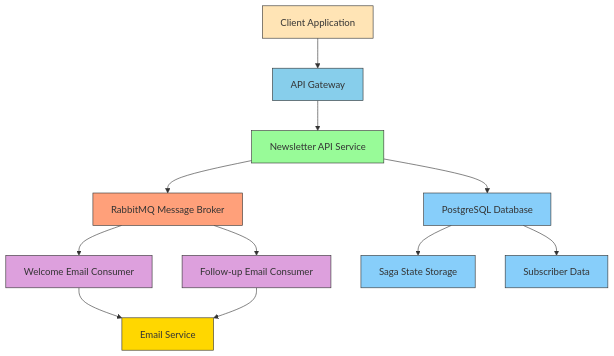
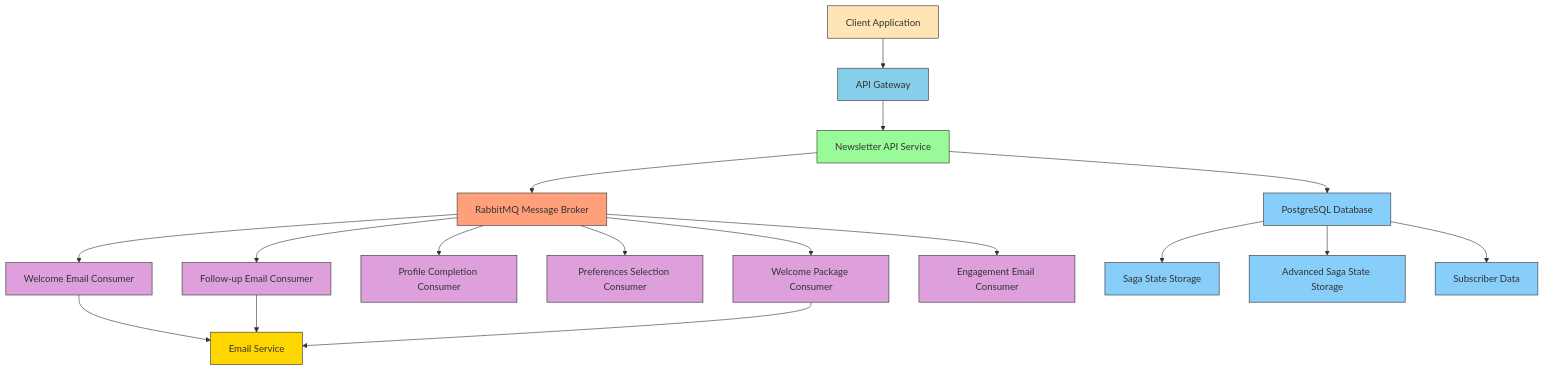
Before and after one commit to MrEshboboyev/newsletter: the diagram in docs/architecture.md, drawn with Mermaid. The commit also changed other lines of this file and 14 other files, not shown here.

````diff
--- a/docs/architecture.md
+++ b/docs/architecture.md
@@ -5,24 +5,35 @@
 ```mermaid
 graph TB
     A[Client Application] --> B[API Gateway]
     B --> C[Newsletter API Service]
     C --> D[RabbitMQ Message Broker]
     D --> E[Welcome Email Consumer]
     D --> F[Follow-up Email Consumer]
-    E --> G[Email Service]
-    F --> G
-    C --> H[PostgreSQL Database]
-    H --> I[Saga State Storage]
-    H --> J[Subscriber Data]
+    D --> G[Profile Completion Consumer]
+    D --> H[Preferences Selection Consumer]
+    D --> I[Welcome Package Consumer]
+    D --> J[Engagement Email Consumer]
+    E --> K[Email Service]
+    F --> K
+    I --> K
+    C --> L[PostgreSQL Database]
+    L --> M[Saga State Storage]
+    L --> N[Advanced Saga State Storage]
+    L --> O[Subscriber Data]
     
     style A fill:#FFE4B5,stroke:#333
     style B fill:#87CEEB,stroke:#333
     style C fill:#98FB98,stroke:#333
     style D fill:#FFA07A,stroke:#333
     style E fill:#DDA0DD,stroke:#333
     style F fill:#DDA0DD,stroke:#333
-    style G fill:#FFD700,stroke:#333
-    style H fill:#87CEFA,stroke:#333
-    style I fill:#87CEFA,stroke:#333
-    style J fill:#87CEFA,stroke:#333
+    style G fill:#DDA0DD,stroke:#333
+    style H fill:#DDA0DD,stroke:#333
+    style I fill:#DDA0DD,stroke:#333
+    style J fill:#DDA0DD,stroke:#333
+    style K fill:#FFD700,stroke:#333
+    style L fill:#87CEFA,stroke:#333
+    style M fill:#87CEFA,stroke:#333
+    style N fill:#87CEFA,stroke:#333
+    style O fill:#87CEFA,stroke:#333
 ```
````
